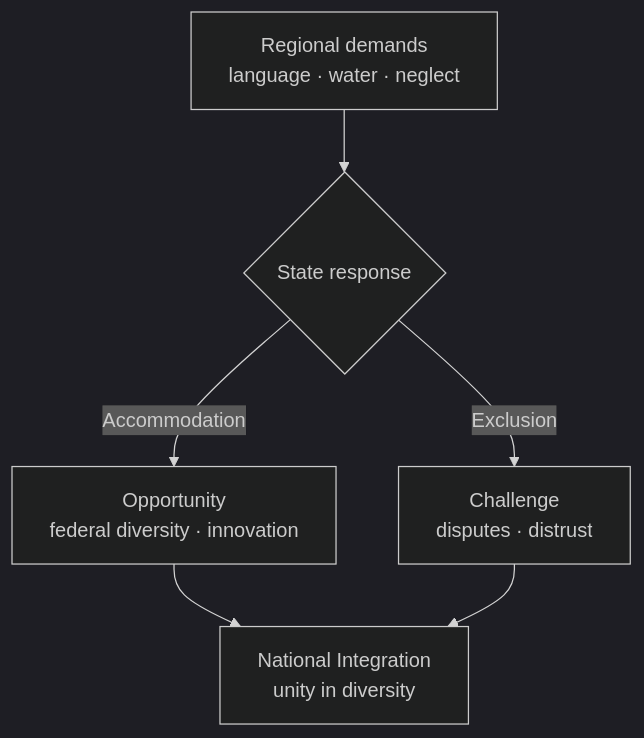
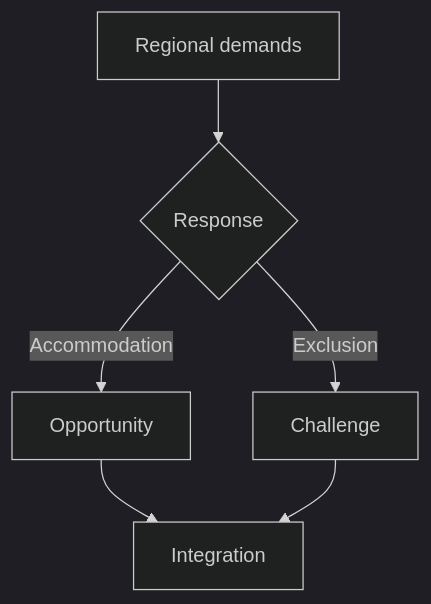
One commit to nitishpratap/UP-PCS changed the diagram in mains-pyqs/GS-1/09_Social_Issues/01_Regionalism.md. Above: the diagram before and after it, drawn with Mermaid (dark theme). The commit also changed other lines of this file and 97 other files, not shown here.

````diff
--- a/mains-pyqs/GS-1/09_Social_Issues/01_Regionalism.md
+++ b/mains-pyqs/GS-1/09_Social_Issues/01_Regionalism.md
@@ -90,8 +82,8 @@
 ```mermaid
 flowchart TD
-  R[Regional demands<br/>language · water · neglect] --> S{State response}
-  S -->|Accommodation| O[Opportunity<br/>federal diversity · innovation]
-  S -->|Exclusion| C[Challenge<br/>disputes · distrust]
-  O --> NI[National Integration<br/>unity in diversity]
+  R[Regional demands] --> S{Response}
+  S -->|Accommodation| O[Opportunity]
+  S -->|Exclusion| C[Challenge]
+  O --> NI[Integration]
   C --> NI
 ```
````
